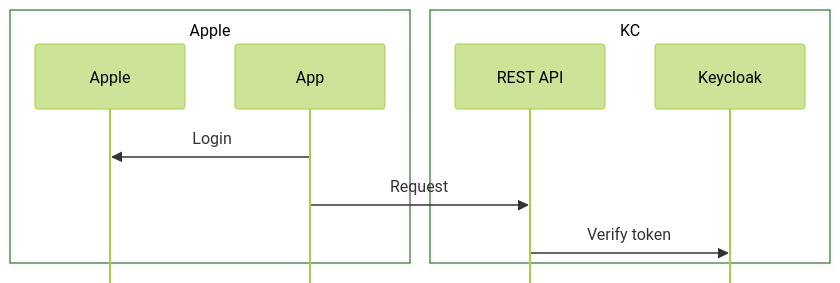
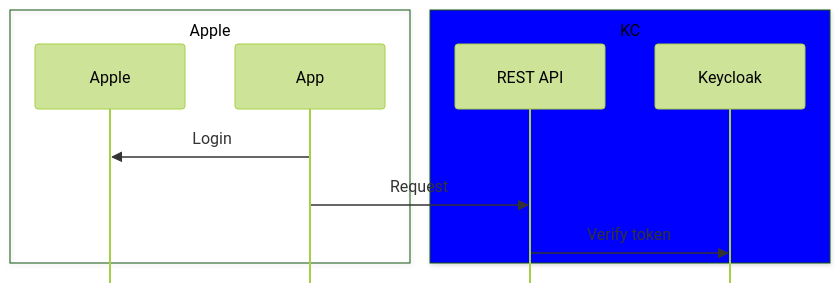
The first of 2 diagrams in seq/usecases.md (stianst/playground), drawn with Mermaid (forest theme) before and after one commit.

````diff
--- a/seq/usecases.md
+++ b/seq/usecases.md
@@ -5,18 +5,18 @@
 ```mermaid
 ---
 config:
     mirrorActors: false
 ---
 sequenceDiagram
     box Apple
     participant Apple as Apple
     participant App as App
     end
-    box KC
+    box Blue KC
     participant RS as REST API
     participant KC as Keycloak
     end
     App->>Apple: Login
     App->>RS: Request
     RS->>KC: Verify token
 ```
````
